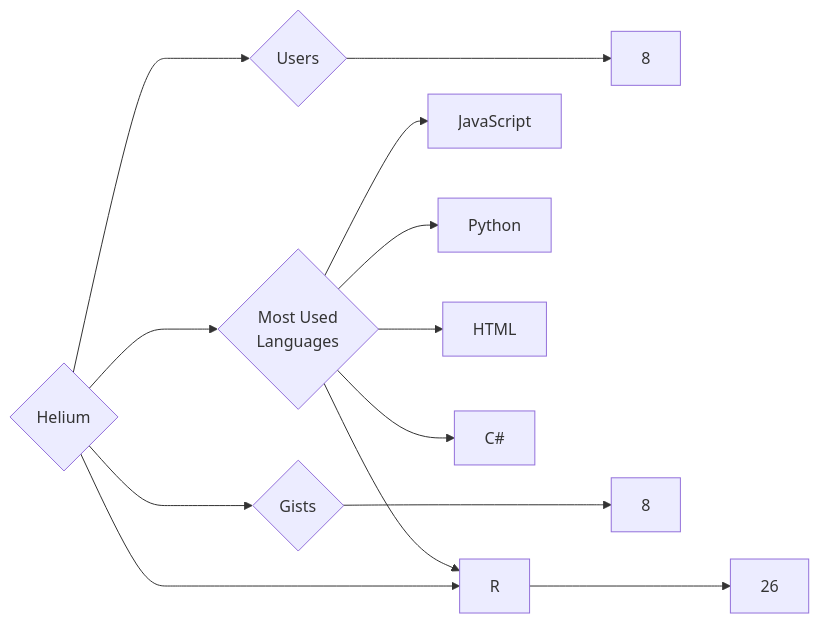
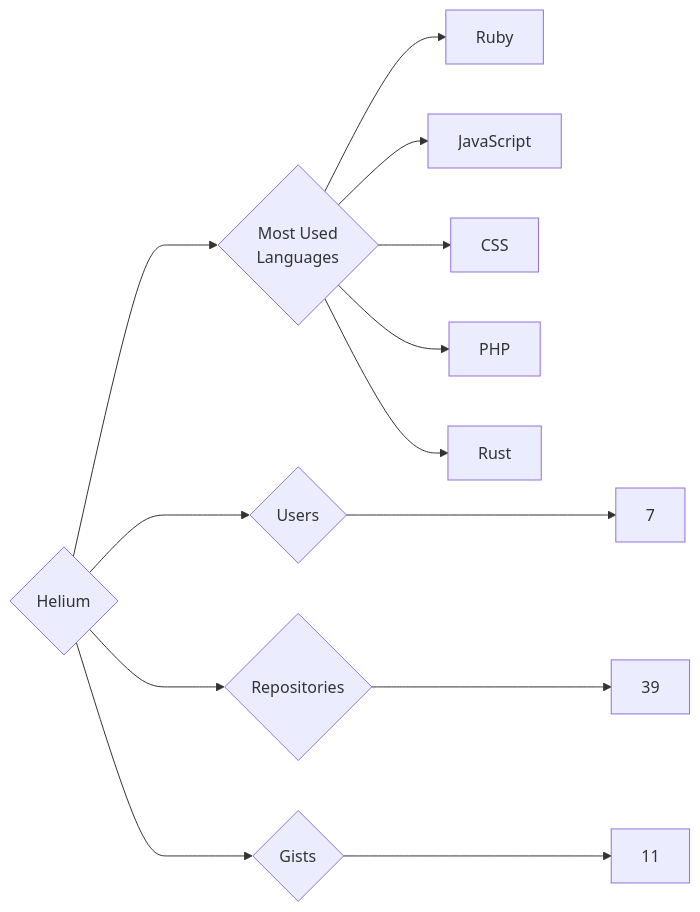
Before and after one commit to trickest/insiders: the diagram in targets/Helium/README.md, drawn with Mermaid. The commit also changed 1120 other files, not shown here.

````diff
--- a/targets/Helium/README.md
+++ b/targets/Helium/README.md
@@ -3,13 +3,13 @@
 ```mermaid
 graph LR
 COMPANY_NAME{Helium}
-COMPANY_NAME ---> U{Users} ---> UN[8]
-COMPANY_NAME ---> R{Repositories} ---> RN[26]
-COMPANY_NAME ---> G{Gists} ---> GN[8]
+COMPANY_NAME ---> U{Users} ---> UN[7]
+COMPANY_NAME ---> R{Repositories} ---> RN[39]
+COMPANY_NAME ---> G{Gists} ---> GN[11]
 COMPANY_NAME ---> ML{Most Used<br>Languages}
+ML --> Ruby[Ruby]
 ML --> JavaScript[JavaScript]
-ML --> Python[Python]
-ML --> HTML[HTML]
-ML --> C#[C#]
-ML --> R[R]
+ML --> CSS[CSS]
+ML --> PHP[PHP]
+ML --> Rust[Rust]
 ```
````
